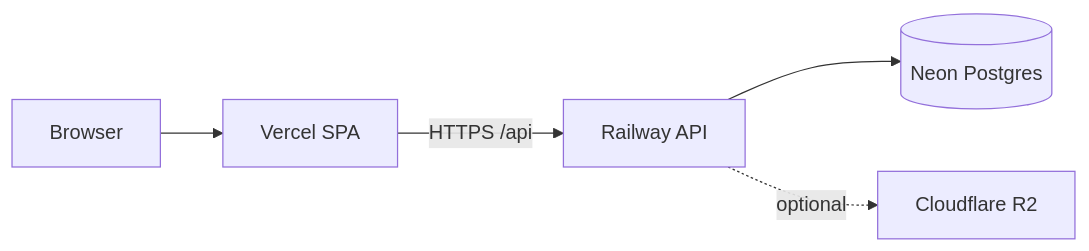
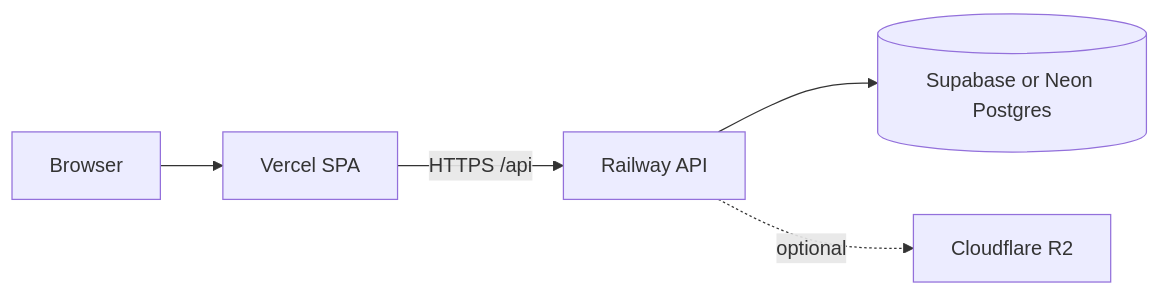
Before and after one commit to calvinhosea015/web-based-attendance: the second of 3 diagrams in README.md, drawn with Mermaid. The commit also changed other lines of this file and 12 other files, not shown here.

````diff
--- a/README.md
+++ b/README.md
@@ -415,7 +415,7 @@
 ```mermaid
 flowchart LR
   User[Browser] --> Vercel[Vercel SPA]
   Vercel -->|HTTPS /api| Railway[Railway API]
-  Railway --> Neon[(Neon Postgres)]
+  Railway --> DB[(Supabase or Neon Postgres)]
   Railway -.->|optional| R2[Cloudflare R2]
 ```
````
